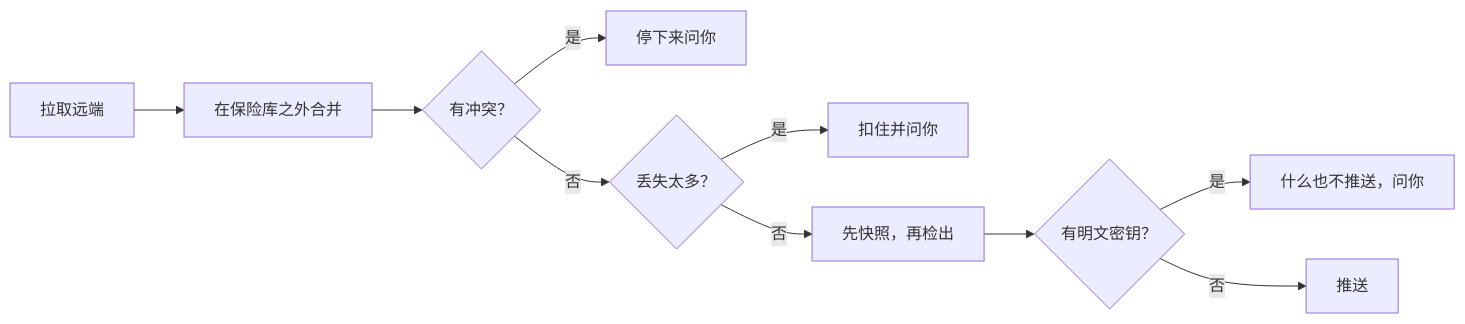
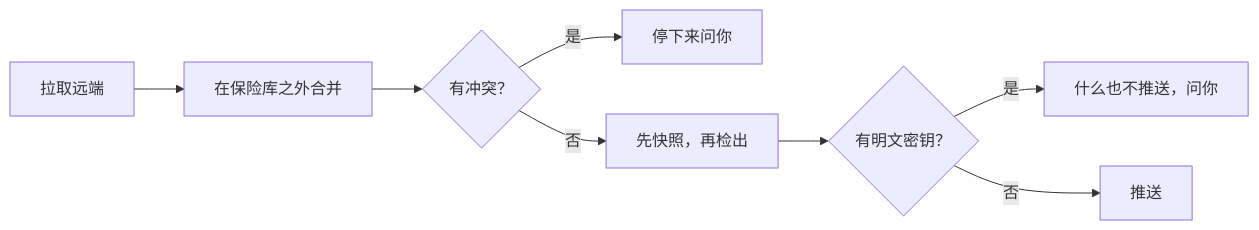
The diagram in docs-site/zh/guides/vault-sync.md (wyx-sg/Coffer), drawn with Mermaid before and after one commit. The commit also changed other lines of this file and 139 other files, not shown here.

````diff
--- a/docs-site/zh/guides/vault-sync.md
+++ b/docs-site/zh/guides/vault-sync.md
@@ -120,12 +120,10 @@
 ```mermaid
 flowchart LR
   A["拉取远端"] --> B["在保险库之外合并"]
   B --> C{"有冲突？"}
   C -- "是" --> S["停下来问你"]
-  C -- "否" --> D{"丢失太多？"}
-  D -- "是" --> H["扣住并问你"]
-  D -- "否" --> E["先快照，再检出"]
+  C -- "否" --> E["先快照，再检出"]
   E --> P{"有明文密钥？"}
   P -- "是" --> N["什么也不推送，问你"]
   P -- "否" --> F["推送"]
 ```
````
